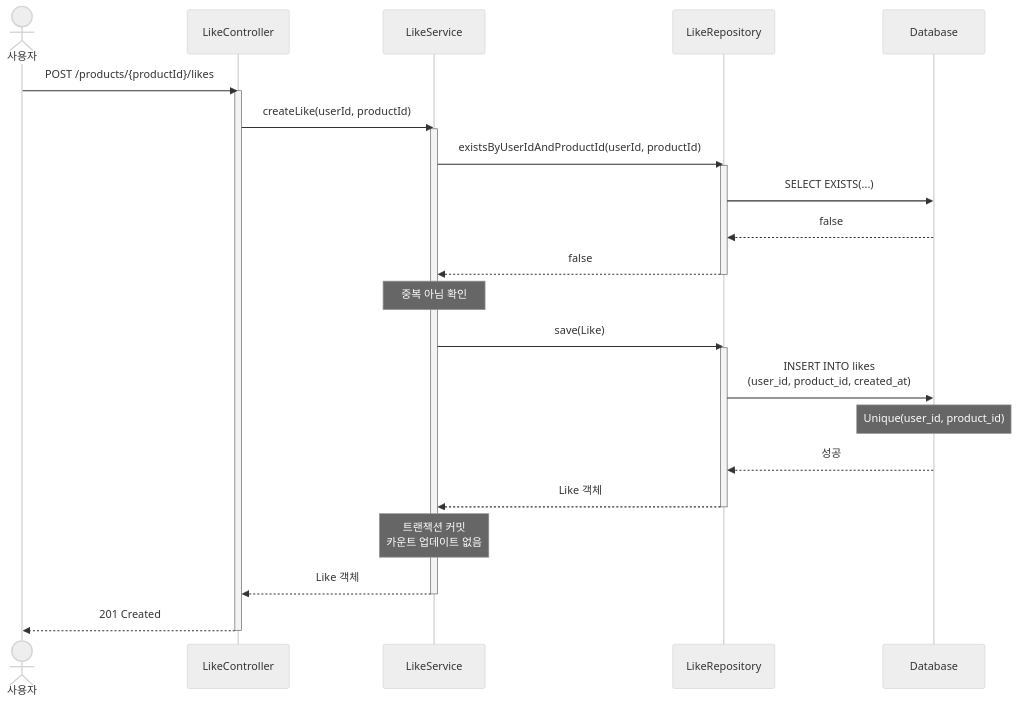
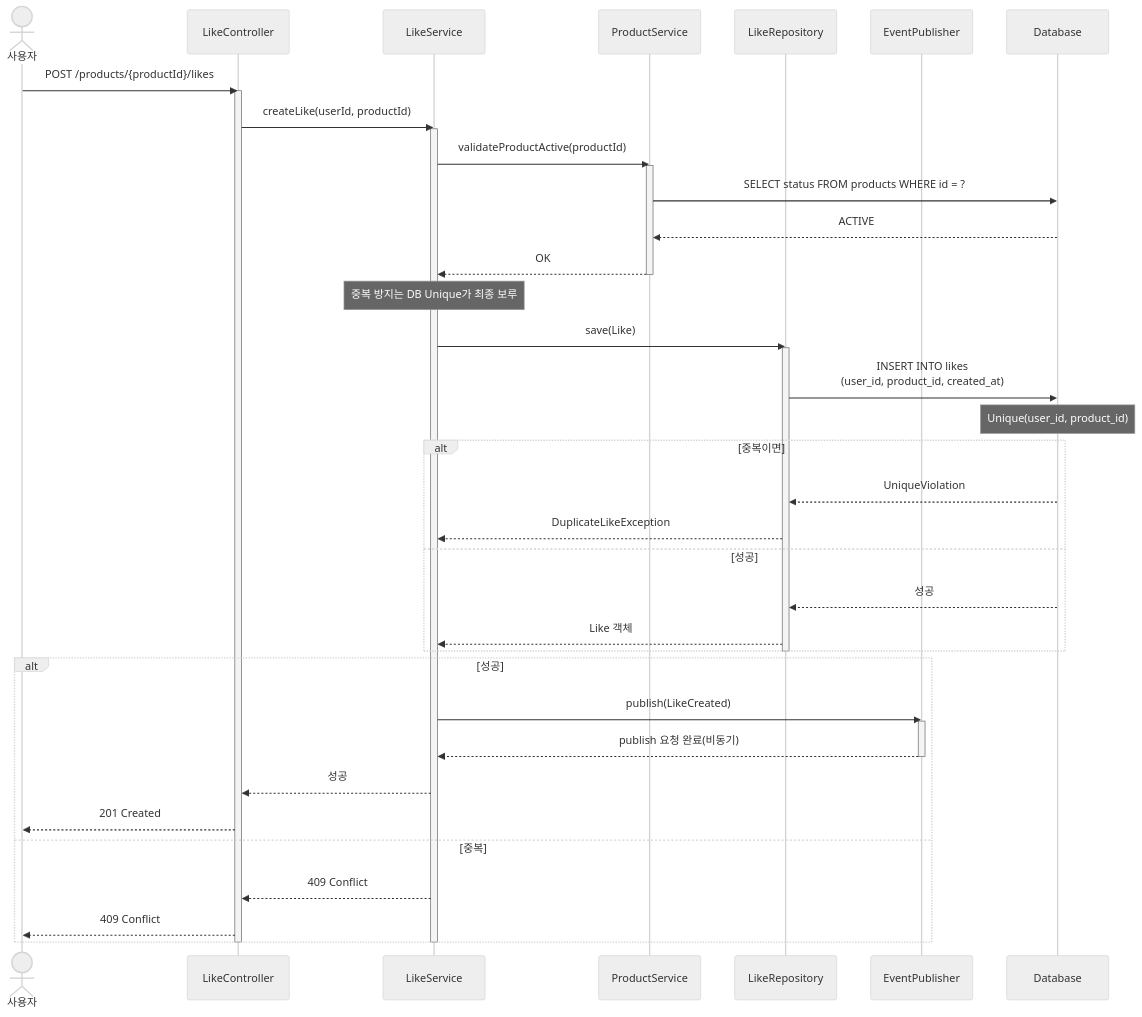
One commit to katiekim17/loop-pack-be-l2-vol3-java changed the first of 6 diagrams in docs/design/좋아요/02-sequence-diagrams.md. Above: the diagram before and after it, drawn with Mermaid (neutral theme). The commit also changed other lines of this file and 17 other files, not shown here.

````diff
--- a/docs/design/좋아요/02-sequence-diagrams.md
+++ b/docs/design/좋아요/02-sequence-diagrams.md
@@ -28,39 +28,53 @@
 ```mermaid
 sequenceDiagram
     actor User as 사용자
     participant API as LikeController
     participant Service as LikeService
+    participant ProdSvc as ProductService
     participant Repo as LikeRepository
+    participant Pub as EventPublisher
     participant DB as Database
 
     User->>API: POST /products/{productId}/likes
     activate API
     
     API->>Service: createLike(userId, productId)
     activate Service
     
-    Service->>Repo: existsByUserIdAndProductId(userId, productId)
-    activate Repo
-    Repo->>DB: SELECT EXISTS(...)
-    DB-->>Repo: false
-    Repo-->>Service: false
-    deactivate Repo
+    Service->>ProdSvc: validateProductActive(productId)
+    activate ProdSvc
+    ProdSvc->>DB: SELECT status FROM products WHERE id = ?
+    DB-->>ProdSvc: ACTIVE
+    ProdSvc-->>Service: OK
+    deactivate ProdSvc
     
-    Note over Service: 중복 아님 확인
+    Note over Service: 중복 방지는 DB Unique가 최종 보루
     
     Service->>Repo: save(Like)
     activate Repo
     Repo->>DB: INSERT INTO likes<br/>(user_id, product_id, created_at)
     Note over DB: Unique(user_id, product_id)
-    DB-->>Repo: 성공
-    Repo-->>Service: Like 객체
+    alt 중복이면
+        DB-->>Repo: UniqueViolation
+        Repo-->>Service: DuplicateLikeException
+    else 성공
+        DB-->>Repo: 성공
+        Repo-->>Service: Like 객체
+    end
     deactivate Repo
     
-    Note over Service: 트랜잭션 커밋<br/>카운트 업데이트 없음
-    
-    Service-->>API: Like 객체
+    alt 성공
+        Service->>Pub: publish(LikeCreated)
+        activate Pub
+        Pub-->>Service: publish 요청 완료(비동기)
+        deactivate Pub
+        
+        Service-->>API: 성공
+        API-->>User: 201 Created
+    else 중복
+        Service-->>API: 409 Conflict
+        API-->>User: 409 Conflict
+    end
     deactivate Service
-    
-    API-->>User: 201 Created
     deactivate API
 ```
````
